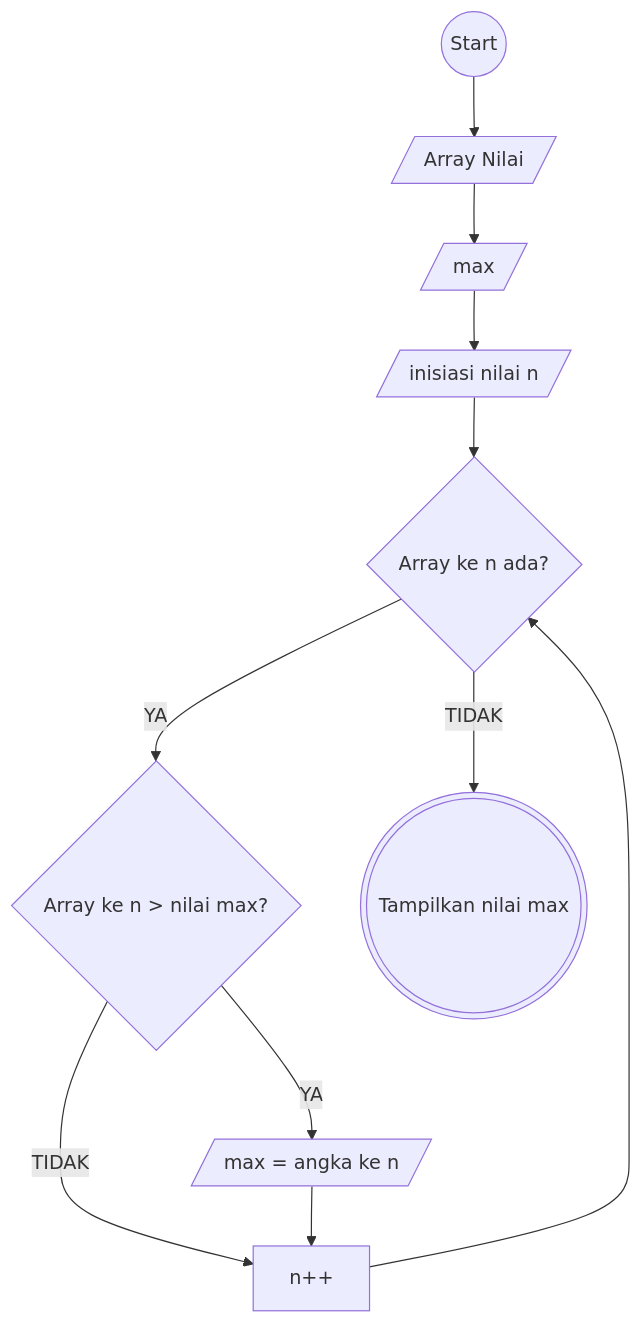
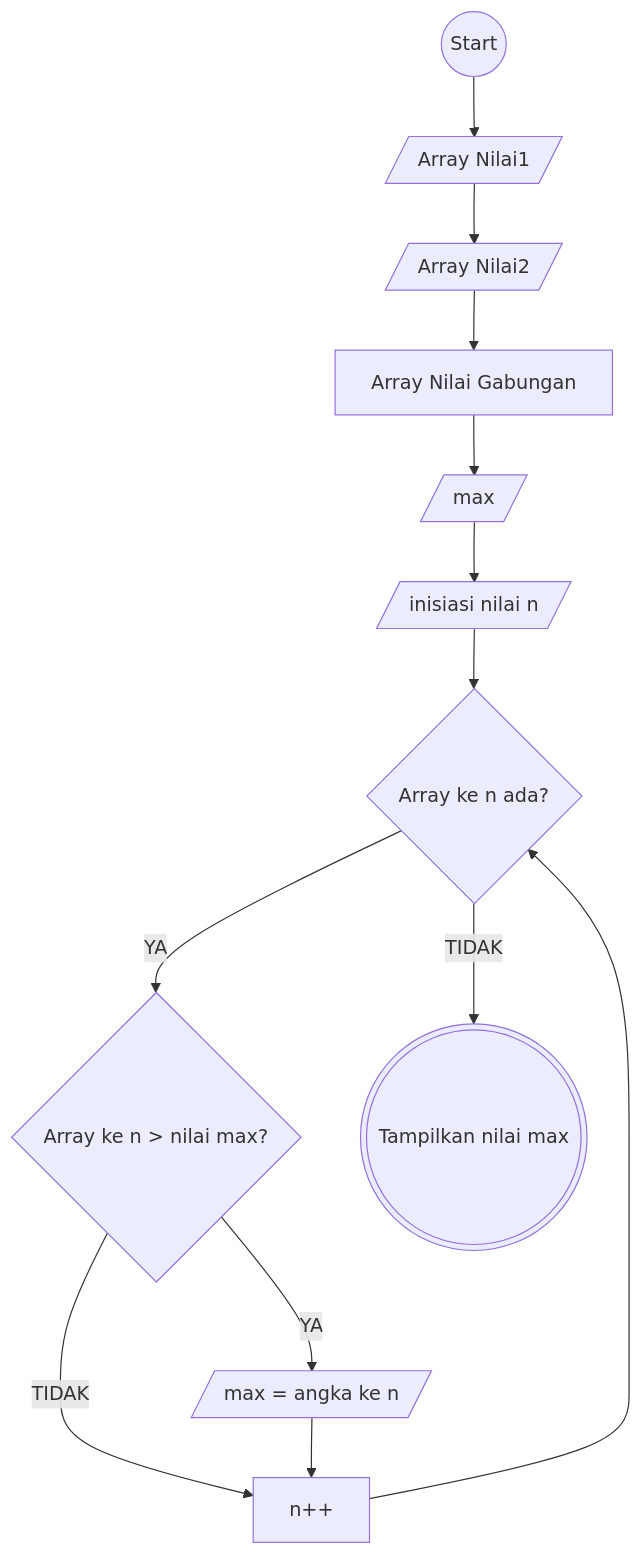
Before and after one commit to mfchrzlmzakky/koda-b1-javascript2: the first of 3 diagrams in koda-b1-javascript2-minitask1.md, drawn with Mermaid. The commit also changed other lines of this file and 1 other file, not shown here.

Commit message:
refactor: split array initialization into separate variables and update flowchart documentation

````diff
--- a/koda-b1-javascript2-minitask1.md
+++ b/koda-b1-javascript2-minitask1.md
@@ -2,22 +2,24 @@
 ```mermaid
 flowchart TB
 start((Start))
-input1[/Array Nilai/]
+input1[/Array Nilai1/]
+input11[/Array Nilai2/]
 input4[/max/]
 input7[/inisiasi nilai n/]
 input8[/max = angka ke n/]
 proses1[n++]
+proses12[Array Nilai Gabungan]
 check1{Array ke n ada?}
 check2{Array ke n > nilai max?}
 output1(((Tampilkan nilai max)))
-start -->input1
-input1-->input4
+start -->input1-->input11-->proses12
+proses12-->input4
 input4 --> input7
 input7 --> check1
 check1 -- YA --> check2
 check2 -- YA --> input8
 check2 -- TIDAK --> proses1
 input8 --> proses1
 proses1 --> check1
 check1 -- TIDAK --> output1
 ```
````
